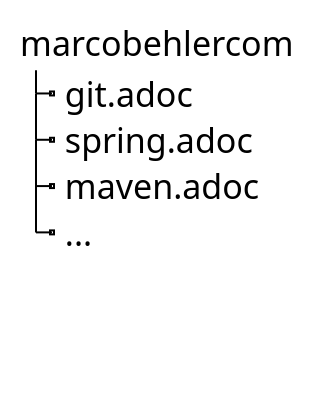
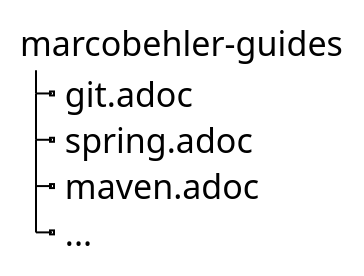
Before and after one commit to marcobehler/marcobehler-guides: the second of 3 diagrams in git-splitting-repositories-removing-sensitive-data.adoc, drawn with PlantUML. The commit also changed other lines of this file, not shown here.

```diff
--- a/git-splitting-repositories-removing-sensitive-data.adoc
+++ b/git-splitting-repositories-removing-sensitive-data.adoc
@@ -81,33 +64,16 @@
-[plantuml, format=svg, opts="inline"]
+[plantuml, new-split-v2, format=svg, opts="inline"]
 ----
 skinparam Legend {
 	BackgroundColor transparent
 	BorderThickness 0
 	FontSize 17
 }
 
-' We use skinparams to hide our dummy participant
-' and make it as little space as possible
-skinparam SequenceLifeLineBorderThickness 0
-skinparam SequenceLifeLineBorderColor transparent
-skinparam SequenceParticipant {
-	BackgroundColor transparent
-	BorderColor transparent
-	Shadowing false
-	FontSize 0
-	BorderThickness 0
-	Padding 0
-}
-hide footbox
-
-' "participant" nudges PlantUML to a sequence diagram
-participant dummy
-
 legend top left
-marcobehlercom
+marcobehler-guides
 |_ git.adoc
 |_ spring.adoc
 |_ maven.adoc
 |_ ...
 end legend
 ----
```
